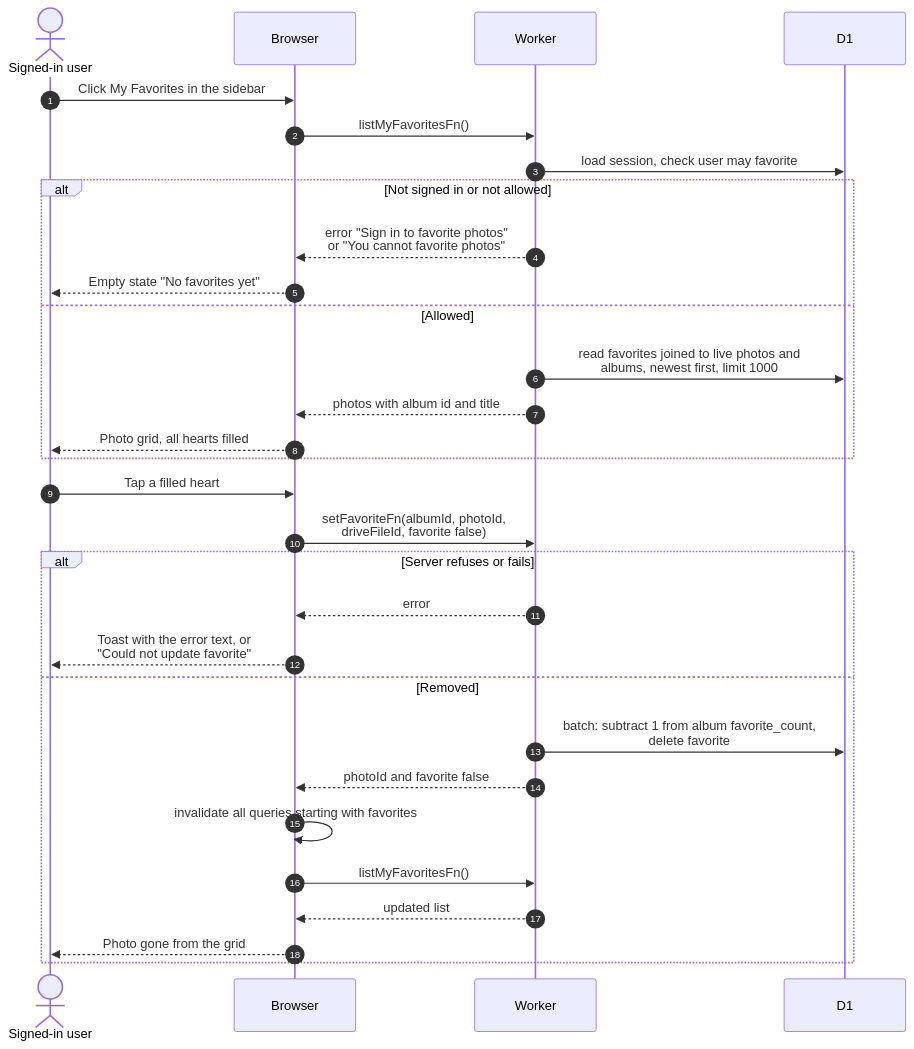
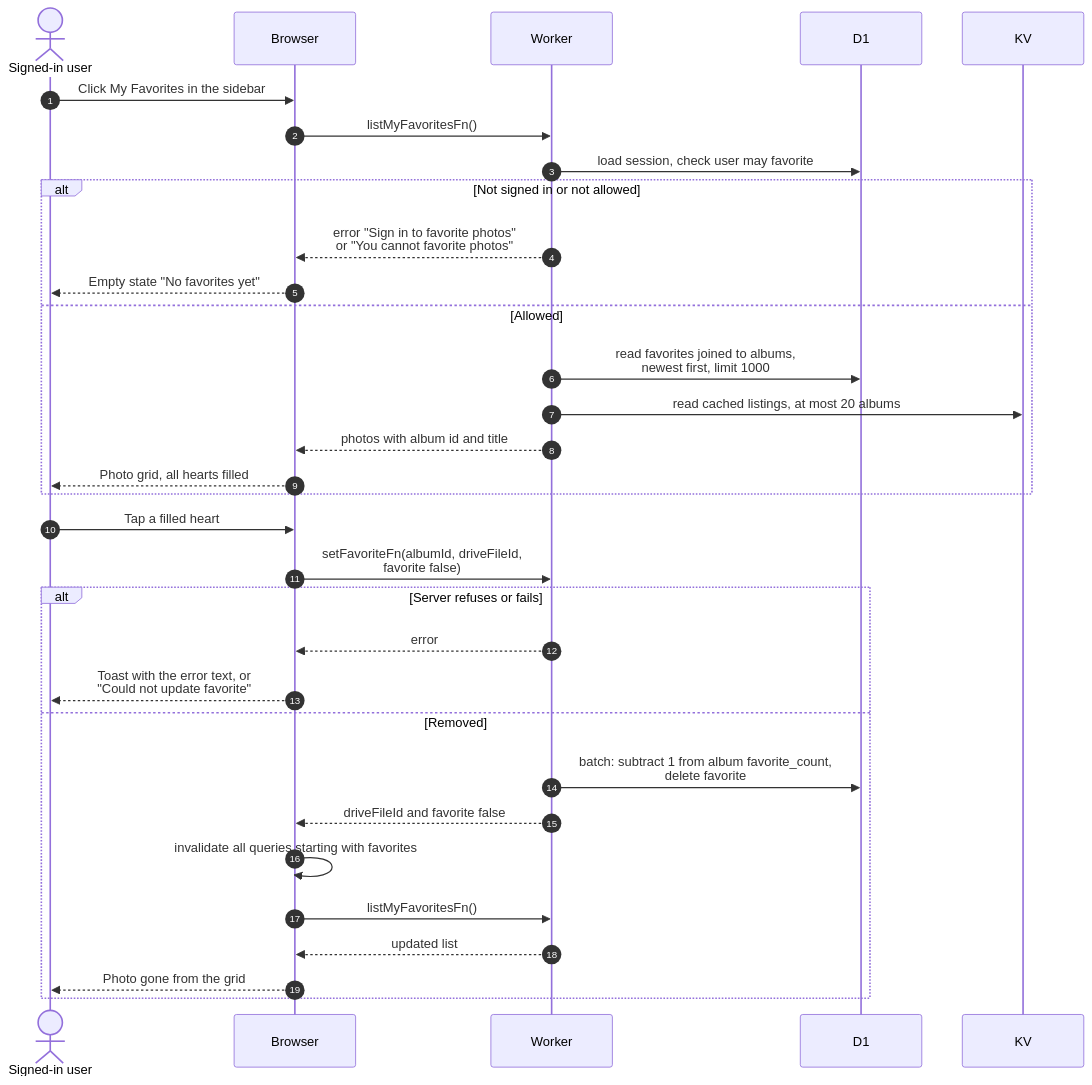
The diagram in docs/scenarios/equipment/favorites-page.md (sagyzdop/meriksirat), drawn with Mermaid before and after one commit. The commit also changed other lines of this file and 28 other files, not shown here.

First line of the commit message:
feat(favorites): key favorites and covers by Drive file ID

````diff
--- a/docs/scenarios/equipment/favorites-page.md
+++ b/docs/scenarios/equipment/favorites-page.md
@@ -27,32 +33,34 @@
 ```mermaid
 sequenceDiagram
     autonumber
     actor U as Signed-in user
     participant B as Browser
     participant W as Worker
     participant D as D1
+    participant K as KV
     U->>B: Click My Favorites in the sidebar
     B->>W: listMyFavoritesFn()
     W->>D: load session, check user may favorite
     alt Not signed in or not allowed
         W-->>B: error "Sign in to favorite photos"<br/>or "You cannot favorite photos"
         B-->>U: Empty state "No favorites yet"
     else Allowed
-        W->>D: read favorites joined to live photos and<br/>albums, newest first, limit 1000
+        W->>D: read favorites joined to albums,<br/>newest first, limit 1000
+        W->>K: read cached listings, at most 20 albums
         W-->>B: photos with album id and title
         B-->>U: Photo grid, all hearts filled
     end
     U->>B: Tap a filled heart
-    B->>W: setFavoriteFn(albumId, photoId,<br/>driveFileId, favorite false)
+    B->>W: setFavoriteFn(albumId, driveFileId,<br/>favorite false)
     alt Server refuses or fails
         W-->>B: error
         B-->>U: Toast with the error text, or<br/>"Could not update favorite"
     else Removed
         W->>D: batch: subtract 1 from album favorite_count,<br/>delete favorite
-        W-->>B: photoId and favorite false
+        W-->>B: driveFileId and favorite false
         B->>B: invalidate all queries starting with favorites
         B->>W: listMyFavoritesFn()
         W-->>B: updated list
         B-->>U: Photo gone from the grid
     end
 ```
````
